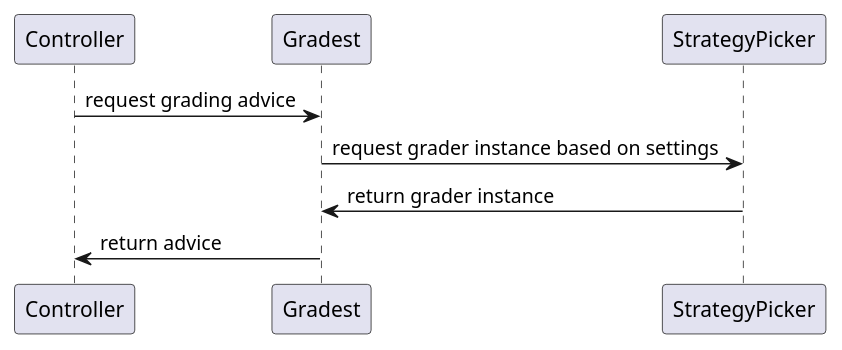
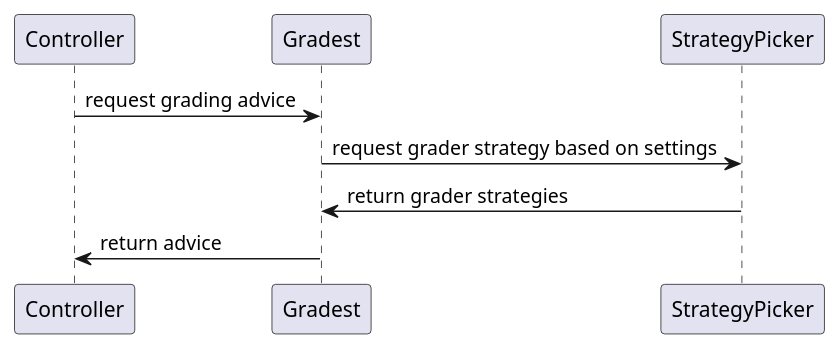
The diagram in uml/grading-strat.puml (KikkerKarel/Grading-Tool), drawn with PlantUML before and after one commit.

Commit message:
fixed mvnw CLRF

```diff
--- a/uml/grading-strat.puml
+++ b/uml/grading-strat.puml
@@ -1,6 +1,6 @@
 @startuml
 Controller->Gradest : request grading advice
-Gradest->StrategyPicker : request grader instance based on settings
-StrategyPicker->Gradest : return grader instance
+Gradest->StrategyPicker : request grader strategy based on settings
+StrategyPicker->Gradest : return grader strategies
 Gradest->Controller : return advice
 @enduml
```
